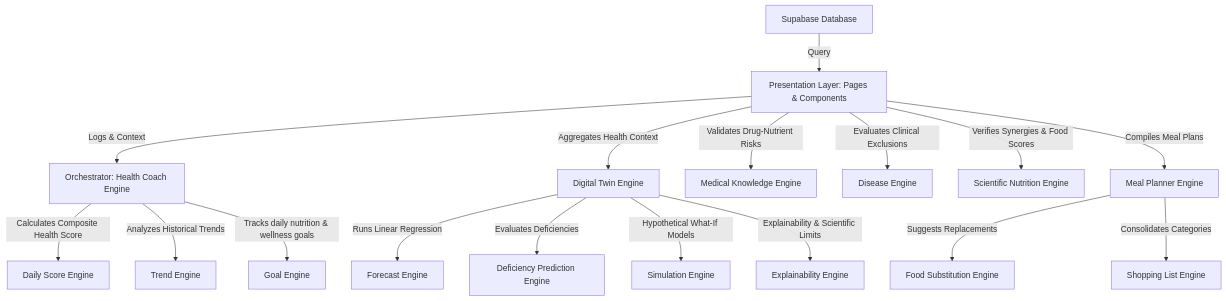
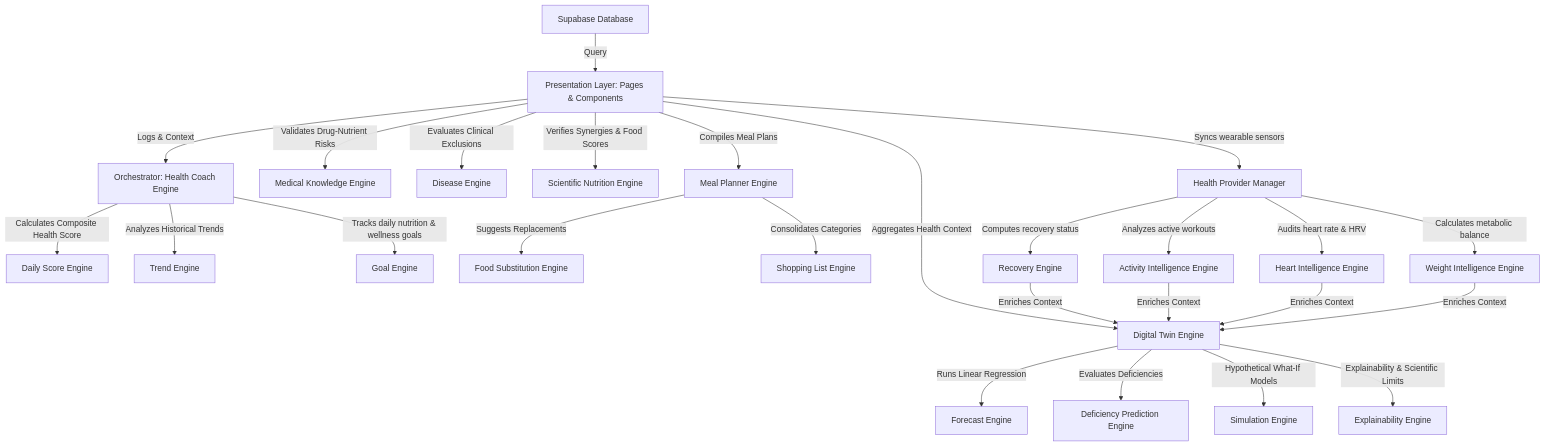
One commit to fadioweidat/NutriScan-AI changed the first of 2 diagrams in architecture.md. Above: the diagram before and after it, drawn with Mermaid. The commit also changed other lines of this file and 16 other files, not shown here.

````diff
--- a/architecture.md
+++ b/architecture.md
@@ -11,22 +11,29 @@
 ```mermaid
 graph TD
     A[Supabase Database] -->|Query| B[Presentation Layer: Pages & Components]
     B -->|Logs & Context| C[Orchestrator: Health Coach Engine]
     C -->|Calculates Composite Health Score| D[Daily Score Engine]
     C -->|Analyzes Historical Trends| E[Trend Engine]
     C -->|Tracks daily nutrition & wellness goals| F[Goal Engine]
     
     B -->|Aggregates Health Context| G[Digital Twin Engine]
     G -->|Runs Linear Regression| H[Forecast Engine]
     G -->|Evaluates Deficiencies| I[Deficiency Prediction Engine]
     G -->|Hypothetical What-If Models| J[Simulation Engine]
     G -->|Explainability & Scientific Limits| K[Explainability Engine]
     
     B -->|Validates Drug-Nutrient Risks| L[Medical Knowledge Engine]
     B -->|Evaluates Clinical Exclusions| M[Disease Engine]
     B -->|Verifies Synergies & Food Scores| N[Scientific Nutrition Engine]
     
     B -->|Compiles Meal Plans| O[Meal Planner Engine]
     O -->|Suggests Replacements| P[Food Substitution Engine]
     O -->|Consolidates Categories| Q[Shopping List Engine]
+
+    B -->|Syncs wearable sensors| HPL[Health Provider Manager]
+    HPL -->|Computes recovery status| RE[Recovery Engine]
+    HPL -->|Analyzes active workouts| AE[Activity Intelligence Engine]
+    HPL -->|Audits heart rate & HRV| HE[Heart Intelligence Engine]
+    HPL -->|Calculates metabolic balance| WE[Weight Intelligence Engine]
+    RE & AE & HE & WE -->|Enriches Context| G
 ```
````
